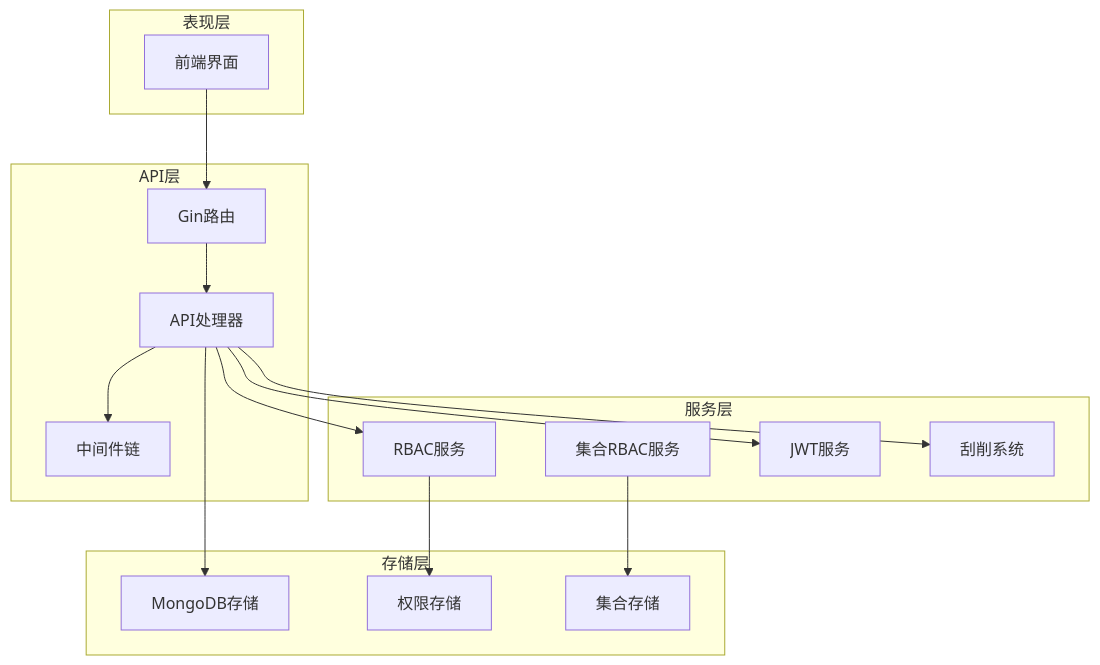
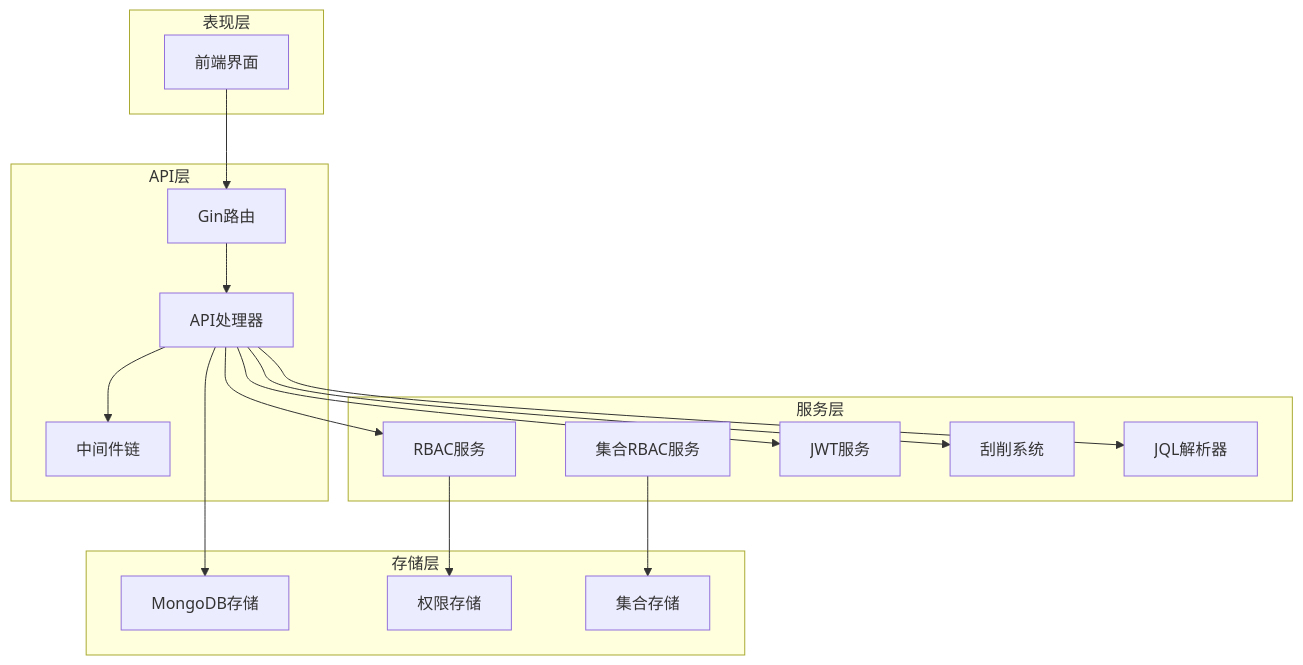
Before and after one commit to mcliangload/datacenter: the first of 18 diagrams in .qoder/repowiki/zh/content/后端架构设计/后端架构设计.md, drawn with Mermaid. The commit also changed other lines of this file and 6 other files, not shown here.

````diff
--- a/.qoder/repowiki/zh/content/后端架构设计/后端架构设计.md
+++ b/.qoder/repowiki/zh/content/后端架构设计/后端架构设计.md
@@ -40,31 +49,33 @@
 ```mermaid
 graph TB
 subgraph "表现层"
 UI[前端界面]
 end
 subgraph "API层"
 Router[Gin路由]
 Handlers[API处理器]
 Middlewares[中间件链]
 end
 subgraph "服务层"
 RBACService[RBAC服务]
 CollectionRBACService[集合RBAC服务]
 JWTService[JWT服务]
 ScraperSystem[刮削系统]
+JQLParser[JQL解析器]
 end
 subgraph "存储层"
 MongoStorage[MongoDB存储]
 RBACStorage[权限存储]
 CollectionStorage[集合存储]
 end
 UI --> Router
 Router --> Handlers
 Handlers --> Middlewares
 Handlers --> RBACService
 Handlers --> JWTService
 Handlers --> ScraperSystem
+Handlers --> JQLParser
 RBACService --> RBACStorage
 CollectionRBACService --> CollectionStorage
 Handlers --> MongoStorage
 ```
````
